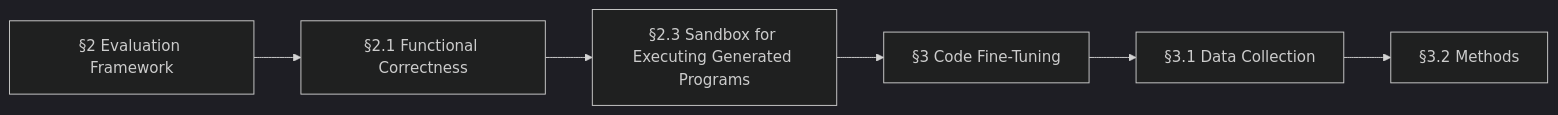
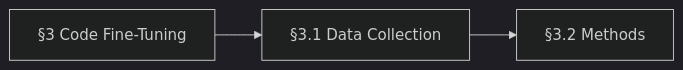
Before and after one commit to DarknessLED/dsh-loom: the second of 16 diagrams in docs/research/work-r2-score-noise-2026-11-25.md, drawn with Mermaid (dark theme). The commit also changed other lines of this file and 39 other files, not shown here.

````diff
--- a/docs/research/work-r2-score-noise-2026-11-25.md
+++ b/docs/research/work-r2-score-noise-2026-11-25.md
@@ -114,14 +114,8 @@
 ```mermaid
 flowchart LR
-  N0["§2 Evaluation Framework"]
-  N1["§2.1 Functional Correctness"]
-  N2["§2.3 Sandbox for Executing Generated Programs"]
-  N3["§3 Code Fine-Tuning"]
-  N4["§3.1 Data Collection"]
-  N5["§3.2 Methods"]
+  N0["§3 Code Fine-Tuning"]
+  N1["§3.1 Data Collection"]
+  N2["§3.2 Methods"]
   N0 --> N1
   N1 --> N2
-  N2 --> N3
-  N3 --> N4
-  N4 --> N5
 ```
````
